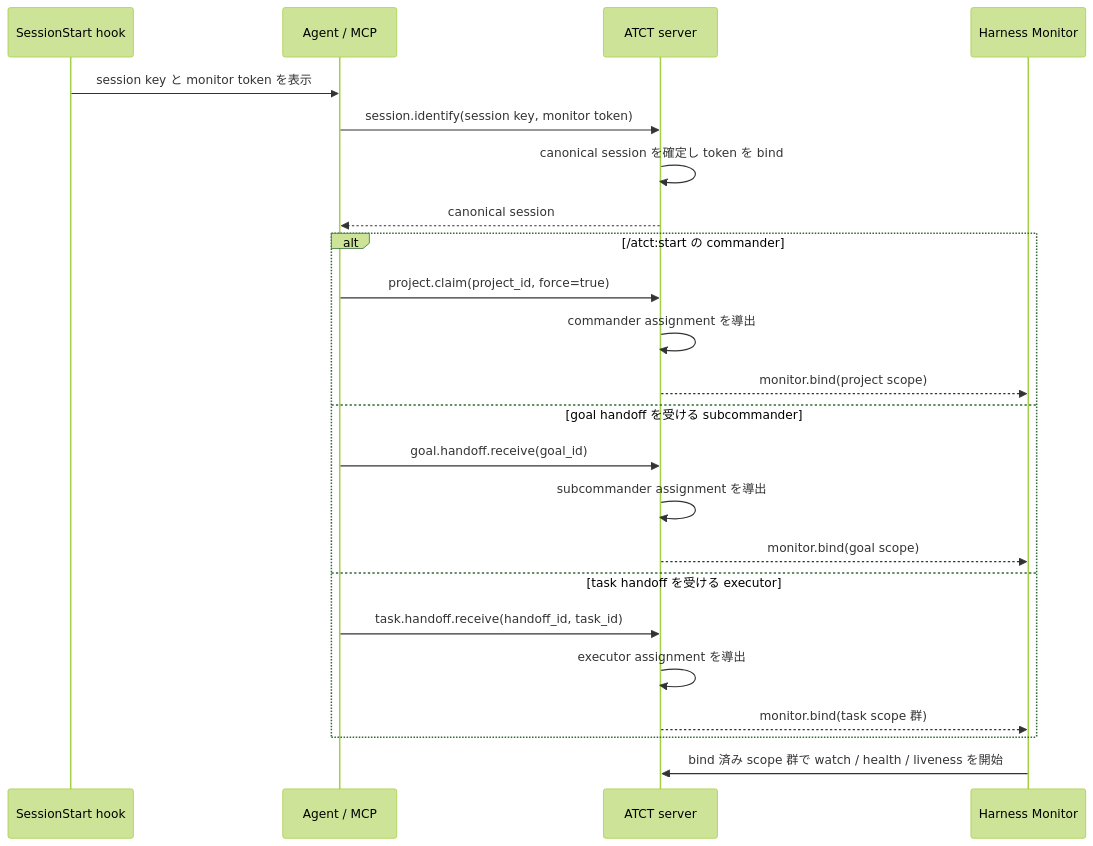
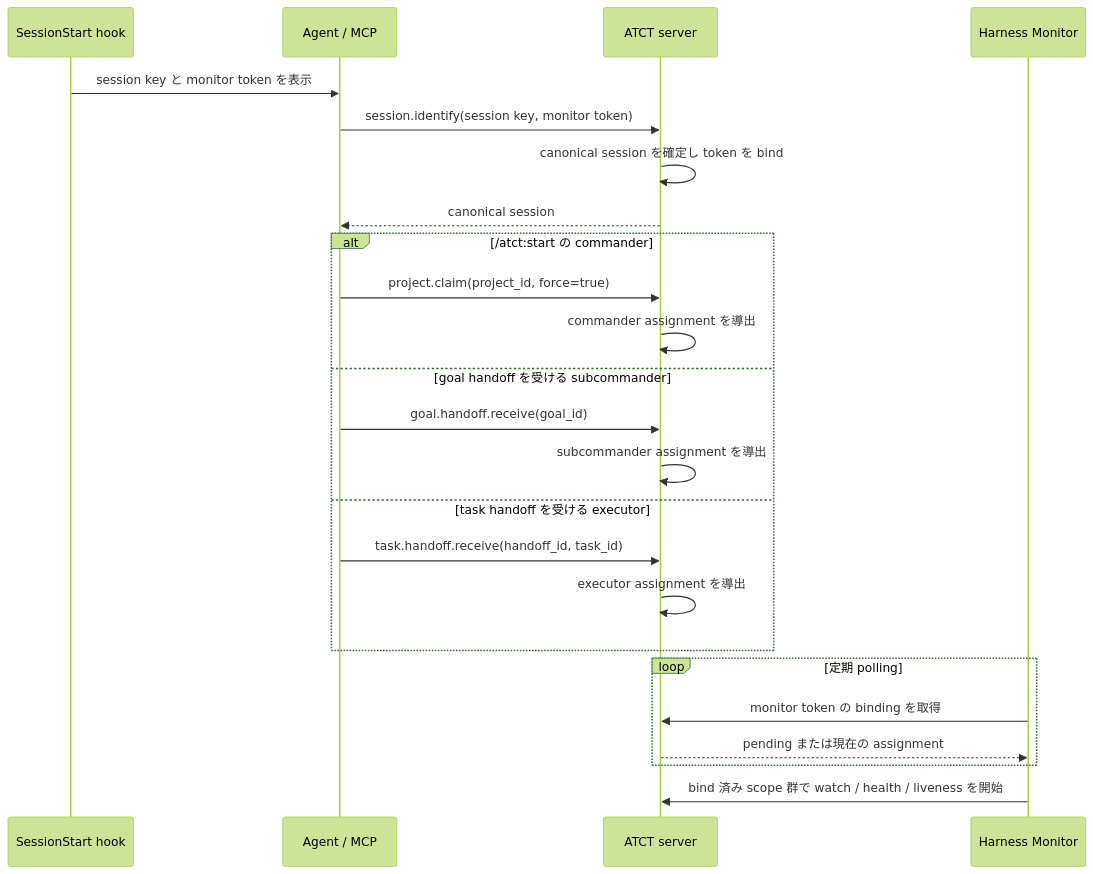
The diagram in doc/bootstrap.md (michiomochi/atct), drawn with Mermaid (forest theme) before and after one commit. The commit also changed other lines of this file and 9 other files, not shown here.

````diff
--- a/doc/bootstrap.md
+++ b/doc/bootstrap.md
@@ -24,26 +24,27 @@
 ```mermaid
 sequenceDiagram
     participant H as SessionStart hook
     participant A as Agent / MCP
     participant S as ATCT server
     participant M as Harness Monitor
 
     H->>A: session key と monitor token を表示
     A->>S: session.identify(session key, monitor token)
     S->>S: canonical session を確定し token を bind
     S-->>A: canonical session
     alt /atct:start の commander
         A->>S: project.claim(project_id, force=true)
         S->>S: commander assignment を導出
-        S-->>M: monitor.bind(project scope)
     else goal handoff を受ける subcommander
         A->>S: goal.handoff.receive(goal_id)
         S->>S: subcommander assignment を導出
-        S-->>M: monitor.bind(goal scope)
     else task handoff を受ける executor
         A->>S: task.handoff.receive(handoff_id, task_id)
         S->>S: executor assignment を導出
-        S-->>M: monitor.bind(task scope 群)
+    end
+    loop 定期 polling
+        M->>S: monitor token の binding を取得
+        S-->>M: pending または現在の assignment
     end
     M->>S: bind 済み scope 群で watch / health / liveness を開始
 ```
````
